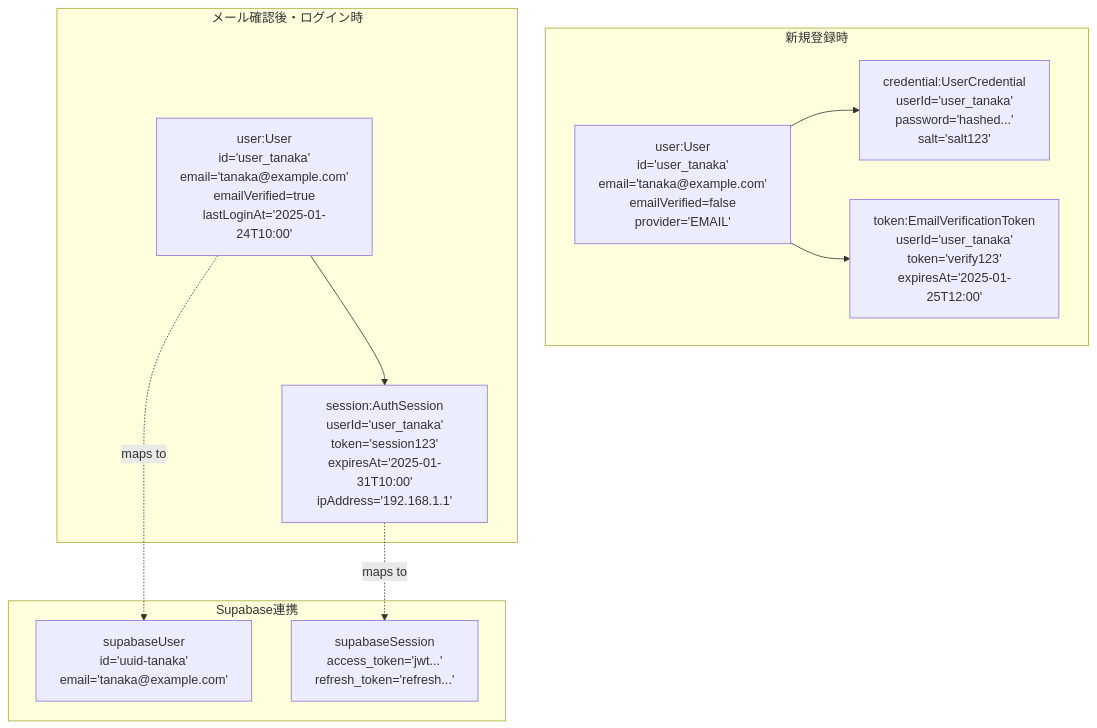
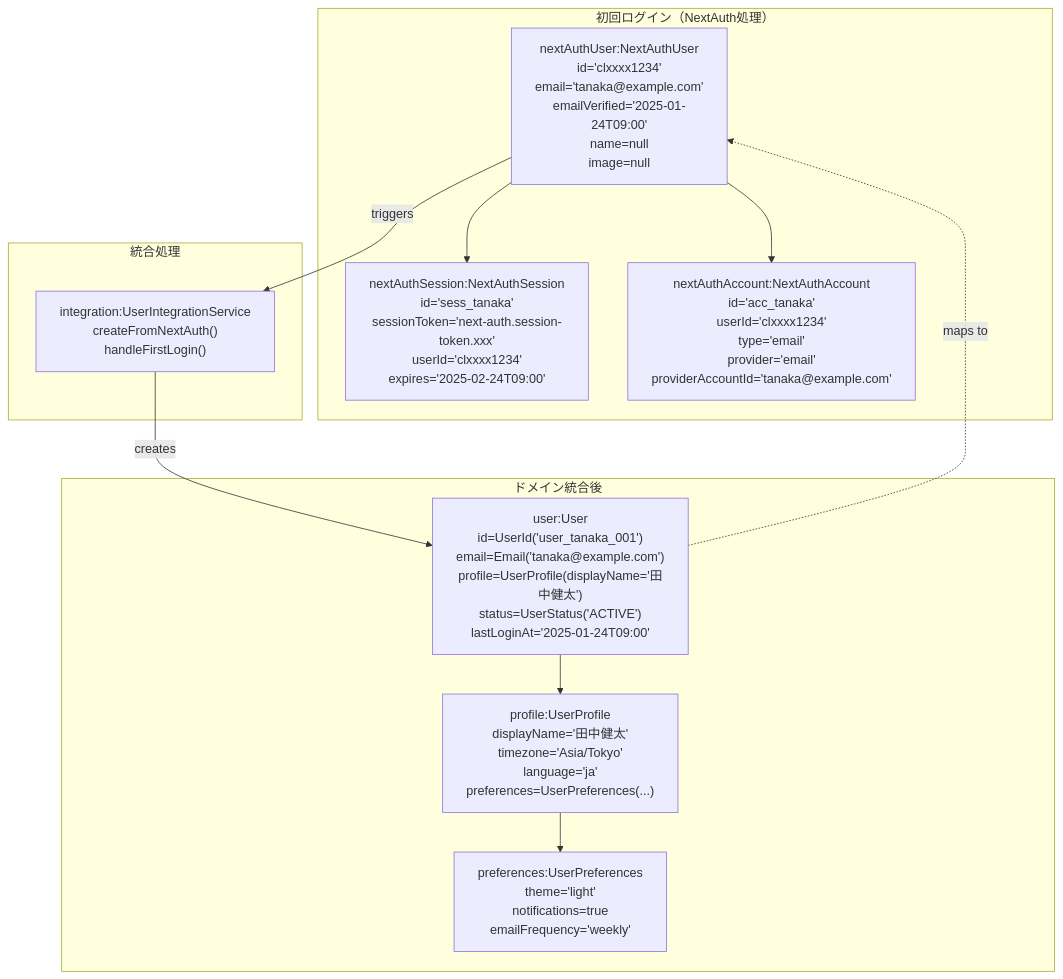
Before and after one commit to komei0727/all_in_one: the fourth of 7 diagrams in docs/domain/contexts/user-authentication/sudo-modeling.md, drawn with Mermaid. The commit also changed other lines of this file and 16 other files, not shown here.

````diff
--- a/docs/domain/contexts/user-authentication/sudo-modeling.md
+++ b/docs/domain/contexts/user-authentication/sudo-modeling.md
@@ -223,24 +323,26 @@
 ```mermaid
 graph TB
-    subgraph "新規登録時"
-        USER1["user:User<br/>id='user_tanaka'<br/>email='tanaka@example.com'<br/>emailVerified=false<br/>provider='EMAIL'"]
-        CRED1["credential:UserCredential<br/>userId='user_tanaka'<br/>password='hashed...'<br/>salt='salt123'"]
-        TOKEN1["token:EmailVerificationToken<br/>userId='user_tanaka'<br/>token='verify123'<br/>expiresAt='2025-01-25T12:00'"]
+    subgraph "初回ログイン（NextAuth処理）"
+        NA_USER1["nextAuthUser:NextAuthUser<br/>id='clxxxx1234'<br/>email='tanaka@example.com'<br/>emailVerified='2025-01-24T09:00'<br/>name=null<br/>image=null"]
+        NA_SESSION1["nextAuthSession:NextAuthSession<br/>id='sess_tanaka'<br/>sessionToken='next-auth.session-token.xxx'<br/>userId='clxxxx1234'<br/>expires='2025-02-24T09:00'"]
+        NA_ACCOUNT1["nextAuthAccount:NextAuthAccount<br/>id='acc_tanaka'<br/>userId='clxxxx1234'<br/>type='email'<br/>provider='email'<br/>providerAccountId='tanaka@example.com'"]
     end
 
-    subgraph "メール確認後・ログイン時"
-        USER2["user:User<br/>id='user_tanaka'<br/>email='tanaka@example.com'<br/>emailVerified=true<br/>lastLoginAt='2025-01-24T10:00'"]
-        SESSION1["session:AuthSession<br/>userId='user_tanaka'<br/>token='session123'<br/>expiresAt='2025-01-31T10:00'<br/>ipAddress='192.168.1.1'"]
+    subgraph "ドメイン統合後"
+        USER1["user:User<br/>id=UserId('user_tanaka_001')<br/>email=Email('tanaka@example.com')<br/>profile=UserProfile(displayName='田中健太')<br/>status=UserStatus('ACTIVE')<br/>lastLoginAt='2025-01-24T09:00'"]
+        PROFILE1["profile:UserProfile<br/>displayName='田中健太'<br/>timezone='Asia/Tokyo'<br/>language='ja'<br/>preferences=UserPreferences(...)"]
+        PREFS1["preferences:UserPreferences<br/>theme='light'<br/>notifications=true<br/>emailFrequency='weekly'"]
     end
 
-    subgraph "Supabase連携"
-        SUPA_USER["supabaseUser<br/>id='uuid-tanaka'<br/>email='tanaka@example.com'"]
-        SUPA_SESSION["supabaseSession<br/>access_token='jwt...'<br/>refresh_token='refresh...'"]
+    subgraph "統合処理"
+        INTEGRATION["integration:UserIntegrationService<br/>createFromNextAuth()<br/>handleFirstLogin()"]
     end
 
-    USER1 --> CRED1
-    USER1 --> TOKEN1
-    USER2 --> SESSION1
-    USER2 -.->|maps to| SUPA_USER
-    SESSION1 -.->|maps to| SUPA_SESSION
+    NA_USER1 --> NA_SESSION1
+    NA_USER1 --> NA_ACCOUNT1
+    NA_USER1 -->|triggers| INTEGRATION
+    INTEGRATION -->|creates| USER1
+    USER1 --> PROFILE1
+    PROFILE1 --> PREFS1
+    USER1 -.->|maps to| NA_USER1
 ```
````
